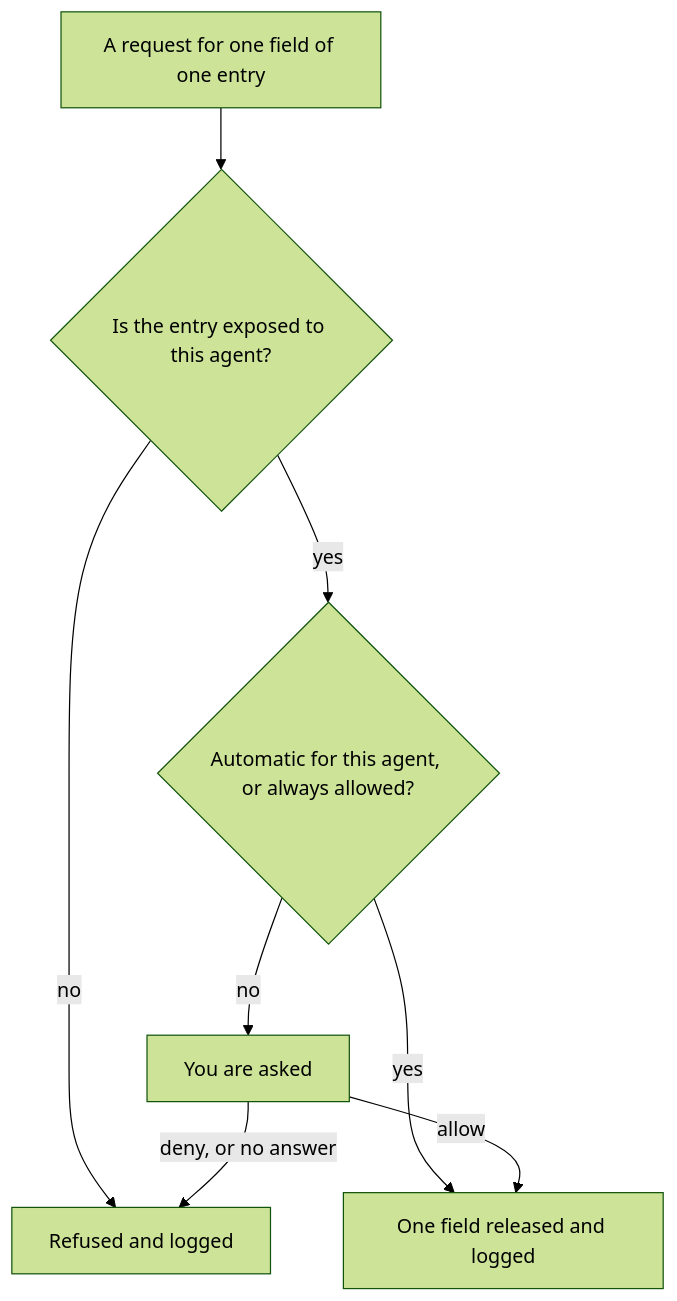
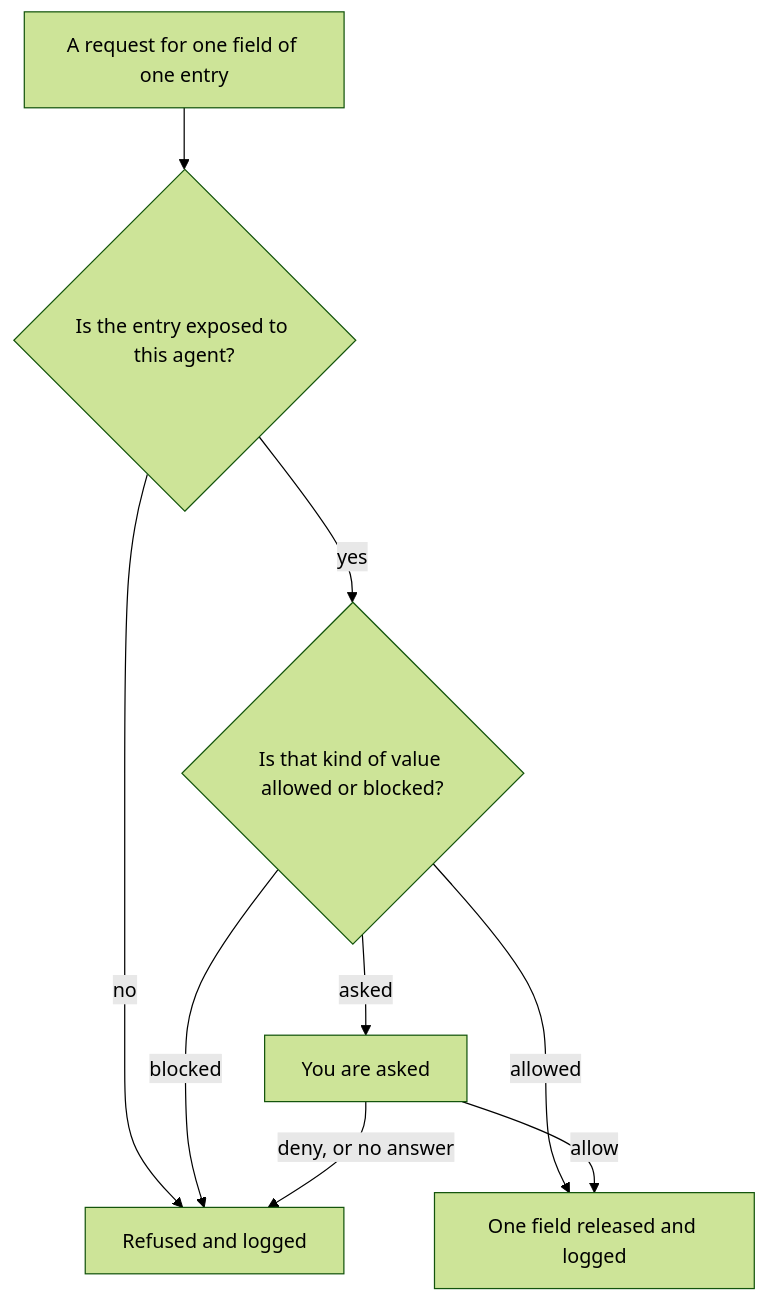
One commit to notinferred/keypaste changed the second of 3 diagrams in site/web/src/content/docs/how-it-works/index.mdx. Above: the diagram before and after it, drawn with Mermaid (forest theme). The commit also changed other lines of this file and 24 other files, not shown here.

````diff
--- a/site/web/src/content/docs/how-it-works/index.mdx
+++ b/site/web/src/content/docs/how-it-works/index.mdx
@@ -37,10 +37,11 @@
 ```mermaid
 flowchart TD
   request["A request for one field of one entry"] --> exposed{"Is the entry exposed to this agent?"}
   exposed -->|no| refused["Refused and logged"]
-  exposed -->|yes| standing{"Automatic for this agent, or always allowed?"}
-  standing -->|yes| released["One field released and logged"]
-  standing -->|no| ask["You are asked"]
+  exposed -->|yes| standing{"Is that kind of value allowed or blocked?"}
+  standing -->|allowed| released["One field released and logged"]
+  standing -->|blocked| refused
+  standing -->|asked| ask["You are asked"]
   ask -->|deny, or no answer| refused
   ask -->|allow| released
 ```
````
